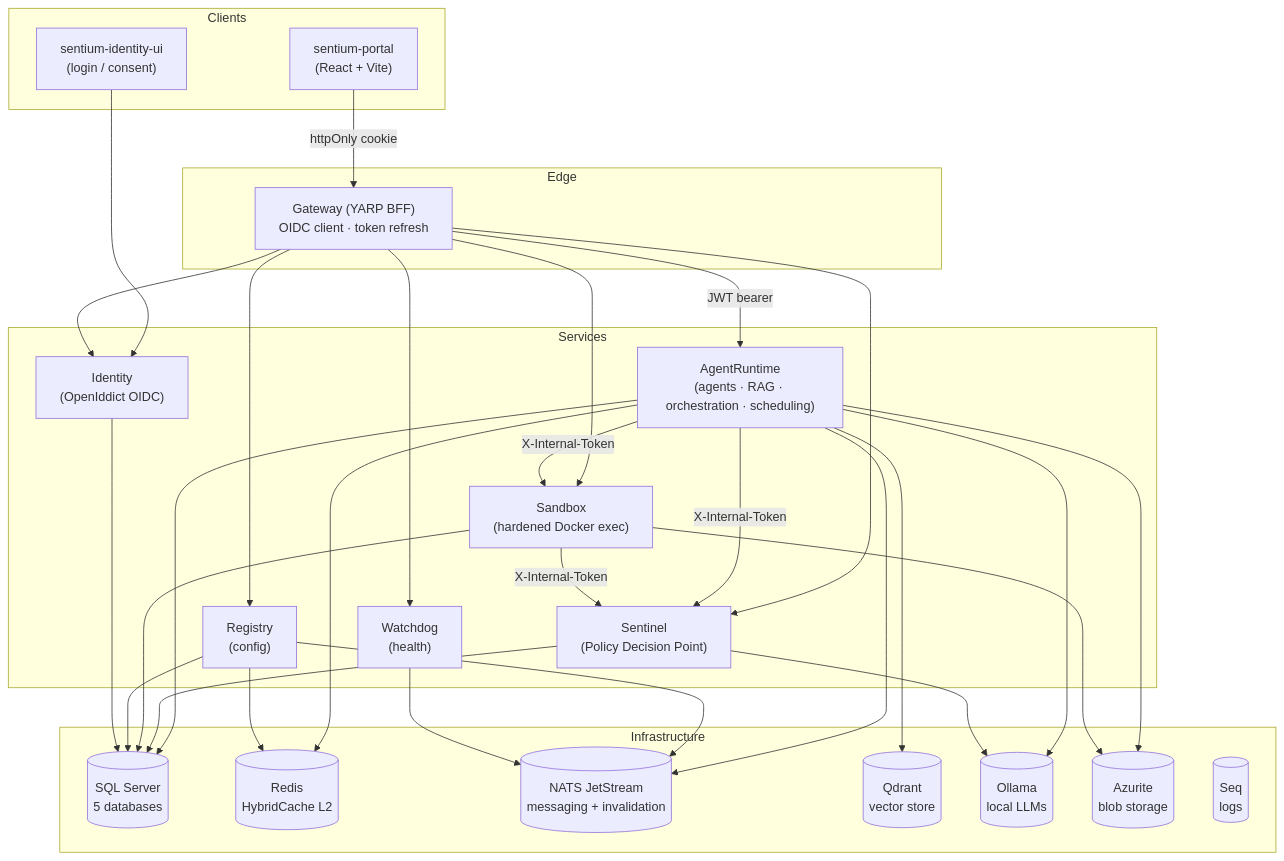
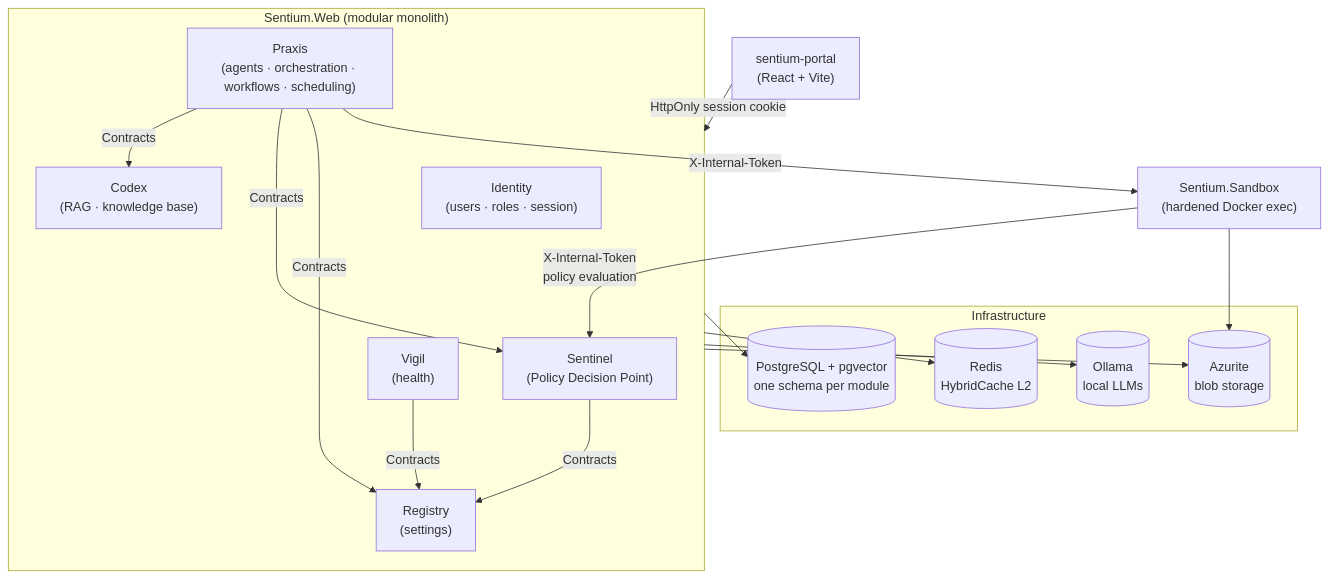
One commit to mihailshterev/sentium changed the diagram in README.md. Above: the diagram before and after it, drawn with Mermaid. The commit also changed other lines of this file and 1271 other files, not shown here.

Commit message:
refactor: migrate from microservices to a modular monolith (#147)

````diff
--- a/README.md
+++ b/README.md
@@ -49,51 +49,32 @@
 ```mermaid
 flowchart TB
-    subgraph Clients
-        Portal["sentium-portal<br/>(React + Vite)"]
-        IdUI["sentium-identity-ui<br/>(login / consent)"]
+    Portal["sentium-portal<br/>(React + Vite)"]
+
+    Portal -->|HttpOnly session cookie| Web
+
+    subgraph Web["Sentium.Web (modular monolith)"]
+        Identity["Identity<br/>(users · roles · session)"]
+        Praxis["Praxis<br/>(agents · orchestration · workflows · scheduling)"]
+        Codex["Codex<br/>(RAG · knowledge base)"]
+        Sentinel["Sentinel<br/>(Policy Decision Point)"]
+        Registry["Registry<br/>(settings)"]
+        Vigil["Vigil<br/>(health)"]
     end
 
-    Portal -->|httpOnly cookie| Gateway
-    IdUI --> Identity
+    Praxis -->|Contracts| Codex & Sentinel & Registry
+    Sentinel -->|Contracts| Registry
+    Vigil -->|Contracts| Registry
 
-    subgraph Edge
-        Gateway["Gateway (YARP BFF)<br/>OIDC client · token refresh"]
+    Praxis -->|X-Internal-Token| Sandbox["Sentium.Sandbox<br/>(hardened Docker exec)"]
+    Sandbox -->|X-Internal-Token<br/>policy evaluation| Sentinel
+
+    subgraph Infrastructure
+        PG[("PostgreSQL + pgvector<br/>one schema per module")]
+        Redis[("Redis<br/>HybridCache L2")]
+        Ollama[("Ollama<br/>local LLMs")]
+        Blobs[("Azurite<br/>blob storage")]
     end
 
-    Gateway -->|JWT bearer| AgentRuntime
-    Gateway --> Sentinel
-    Gateway --> Sandbox
-    Gateway --> Registry
-    Gateway --> Watchdog
-    Gateway --> Identity
-
-    subgraph Services
-        Identity["Identity<br/>(OpenIddict OIDC)"]
-        AgentRuntime["AgentRuntime<br/>(agents · RAG · orchestration · scheduling)"]
-        Sentinel["Sentinel<br/>(Policy Decision Point)"]
-        Sandbox["Sandbox<br/>(hardened Docker exec)"]
-        Registry["Registry<br/>(config)"]
-        Watchdog["Watchdog<br/>(health)"]
-    end
-
-    AgentRuntime -->|X-Internal-Token| Sentinel
-    AgentRuntime -->|X-Internal-Token| Sandbox
-    Sandbox -->|X-Internal-Token| Sentinel
-
-    subgraph Infrastructure
-        SQL[("SQL Server<br/>5 databases")]
-        Redis[("Redis<br/>HybridCache L2")]
-        NATS[("NATS JetStream<br/>messaging + invalidation")]
-        Qdrant[("Qdrant<br/>vector store")]
-        Ollama[("Ollama<br/>local LLMs")]
-        Blobs[("Azurite<br/>blob storage")]
-        Seq[("Seq<br/>logs")]
-    end
-
-    AgentRuntime --> SQL & Redis & NATS & Qdrant & Ollama & Blobs
-    Sentinel --> SQL & Ollama
-    Sandbox --> SQL & Blobs
-    Registry --> SQL & Redis & NATS
-    Watchdog --> NATS
-    Identity --> SQL
+    Web --> PG & Redis & Ollama & Blobs
+    Sandbox --> Blobs
 ```
````
